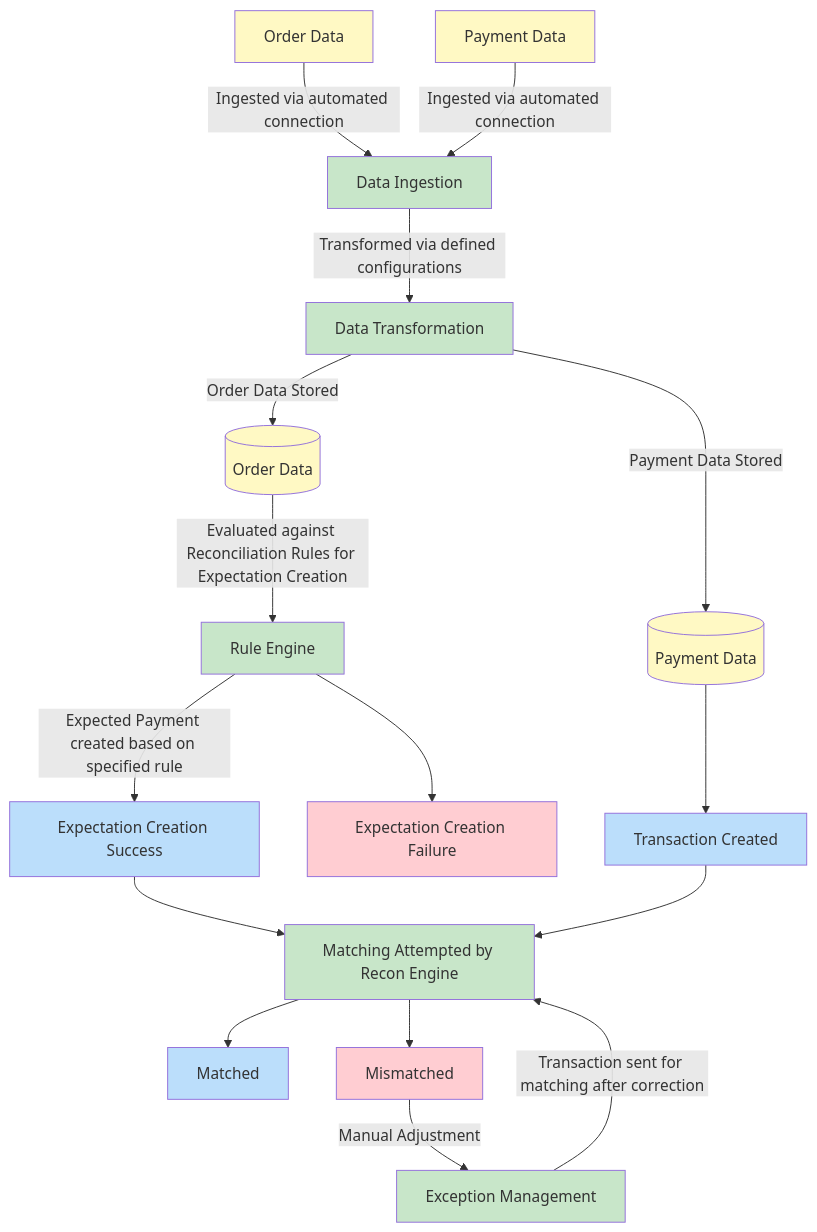
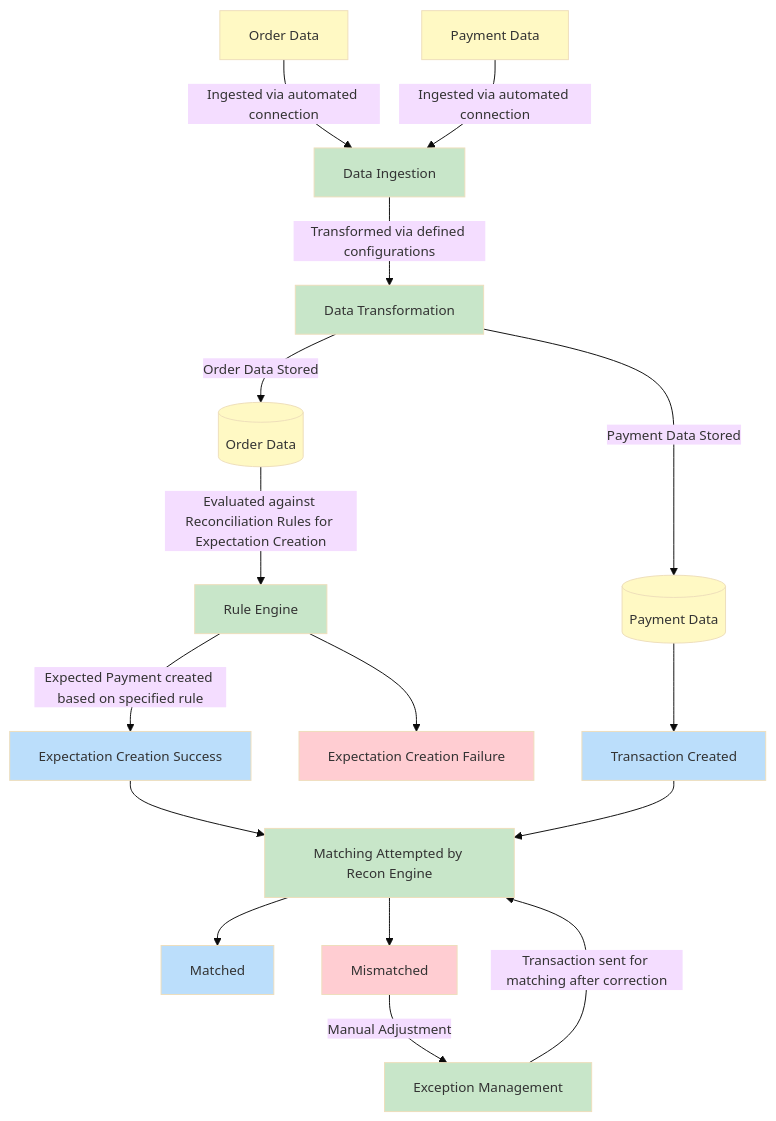
Before and after one commit to juspay/hyperswitch-docs: the diagram in explore-hyperswitch/payments-modules/reconciliation-product/example-e-commerce.md, drawn with Mermaid. The commit also changed other lines of this file and 9 other files, not shown here.

````diff
--- a/explore-hyperswitch/payments-modules/reconciliation-product/example-e-commerce.md
+++ b/explore-hyperswitch/payments-modules/reconciliation-product/example-e-commerce.md
@@ -3,32 +7,33 @@
 ```mermaid
+%%{init: {"theme": "base", "themeVariables": {"fontFamily": "Inter", "fontSize": "14px"}}}%%
 flowchart TB
     OD["Order Data"] -- Ingested via automated connection --> DI["Data Ingestion"]
     PD["Payment Data"] -- Ingested via automated connection --> DI
     DI -- Transformed via defined configurations --> DT["Data Transformation"]
     DT -- Order Data Stored --> ODB[("Order Data")]
     DT -- Payment Data Stored --> PDB[("Payment Data")]
     ODB -- Evaluated against Reconciliation Rules for Expectation Creation --> RE["Rule Engine"]
     RE -- Expected Payment created based on specified rule --> ECS["Expectation Creation Success"]
     RE --> ECF["Expectation Creation Failure"]
     PDB --> TC["Transaction Created"]
     ECS --> MA["Matching Attempted by Recon Engine"]
     TC --> MA
     MA --> M["Matched"] & MM["Mismatched"]
     MM -- Manual Adjustment --> EM["Exception Management"]
     EM -- Transaction sent for matching after correction --> MA
 
     style OD fill:#FFF9C4
     style DI fill:#C8E6C9
     style PD fill:#FFF9C4
     style DT fill:#C8E6C9
     style ODB fill:#FFF9C4
     style PDB fill:#FFF9C4
     style RE fill:#C8E6C9
     style ECS fill:#BBDEFB
     style ECF fill:#FFCDD2
     style TC fill:#BBDEFB
     style MA fill:#C8E6C9
     style M fill:#BBDEFB
     style MM fill:#FFCDD2
     style EM fill:#C8E6C9
 ```
````
